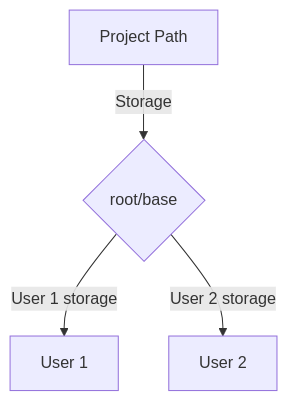
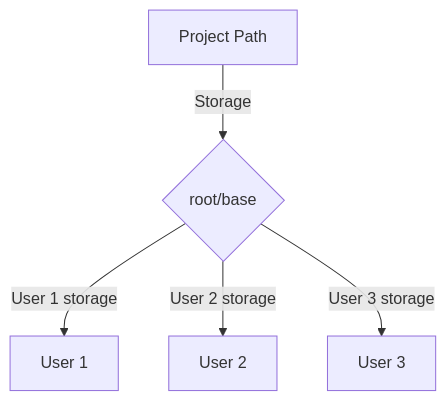
One commit to k10xp/NetworkCloudDrive changed the diagram in README.md. Above: the diagram before and after it, drawn with Mermaid.

````diff
--- a/README.md
+++ b/README.md
@@ -20,6 +20,7 @@
 ```mermaid
 flowchart TD
     A[Project Path] -->|Storage| B{root/base}
-    B -->|User 1 storage| D[User 1]
-    B -->|User 2 storage| E[User 2]
+    B -->|User 1 storage| C[User 1]
+    B -->|User 2 storage| D[User 2]
+    B -->|User 3 storage| E[User 3]
 ```
````
